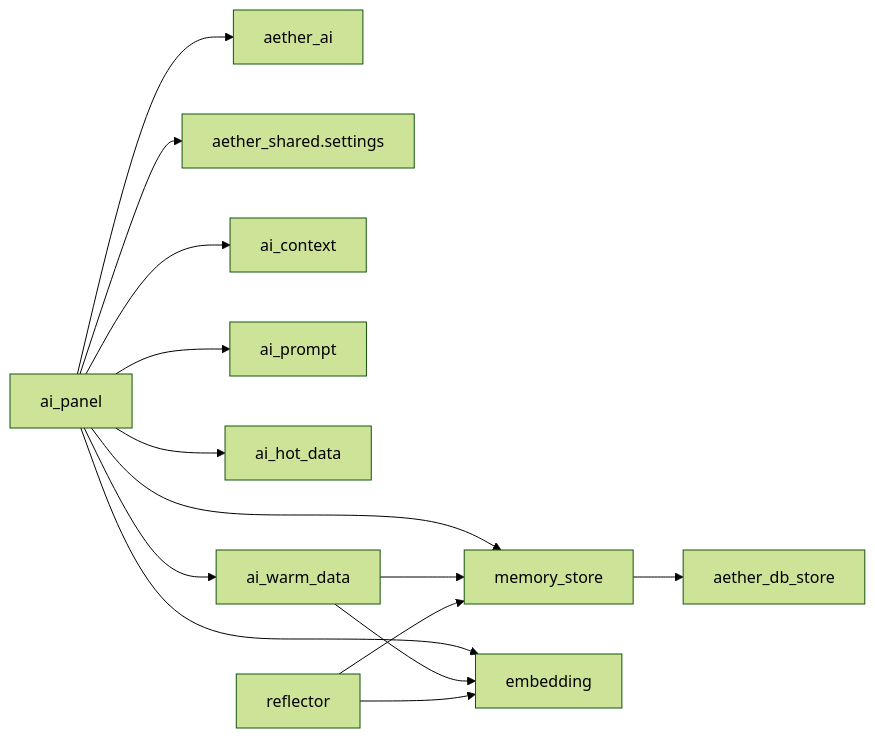
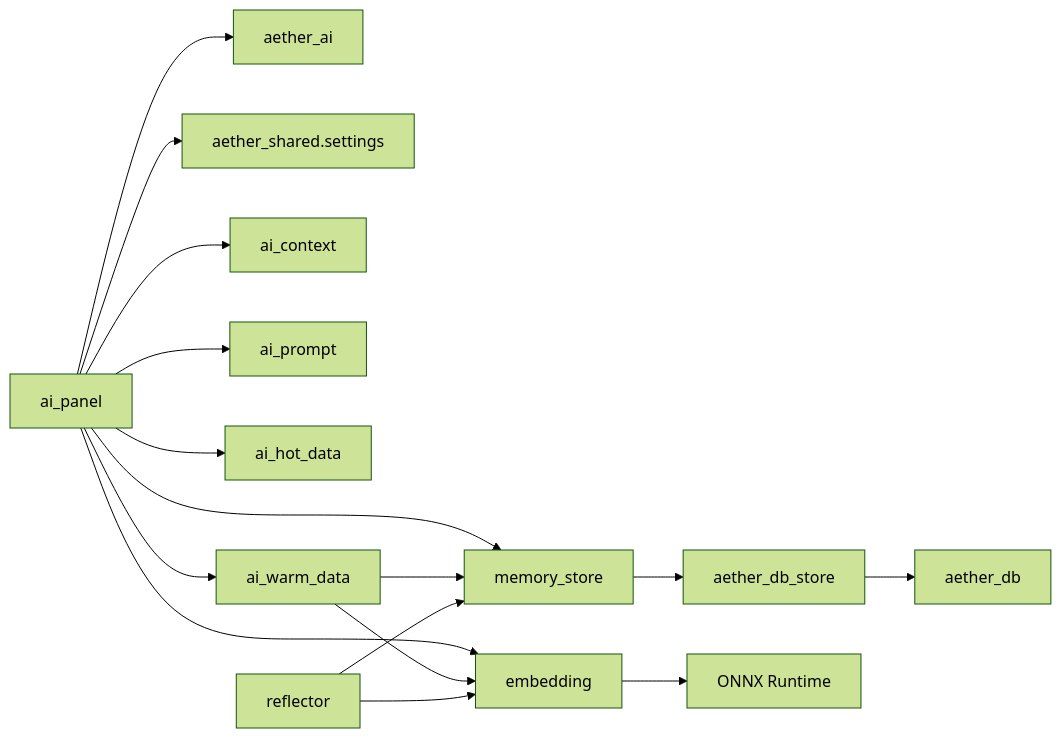
Before and after one commit to aetherstudio-cn/AetherStudio: the tenth of 10 diagrams in .qoder/repowiki/zh/content/AI 助手系统/AI 助手系统.md, drawn with Mermaid (forest theme). The commit also changed other lines of this file and 17 other files, not shown here.

````diff
--- a/.qoder/repowiki/zh/content/AI 助手系统/AI 助手系统.md
+++ b/.qoder/repowiki/zh/content/AI 助手系统/AI 助手系统.md
@@ -321,16 +409,18 @@
 ```mermaid
 graph LR
 AP["ai_panel"] --> AA["aether_ai"]
 AP --> SH["aether_shared.settings"]
 AP --> AC["ai_context"]
 AP --> MP["ai_prompt"]
 AP --> MS["memory_store"]
 MS --> ADS["aether_db_store"]
 AP --> EM["embedding"]
 AP --> HD["ai_hot_data"]
 AP --> WD["ai_warm_data"]
 WD --> MS
 WD --> EM
 REF["reflector"] --> MS
 REF --> EM
+ADS --> ADB["aether_db"]
+EM --> ORT["ONNX Runtime"]
 ```
````
